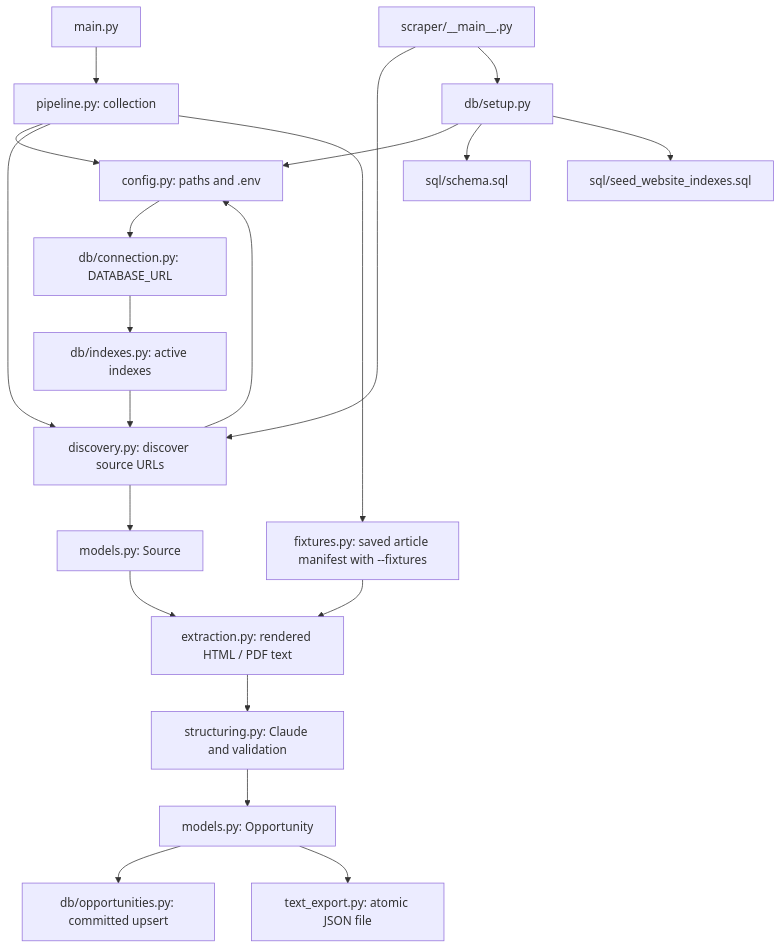
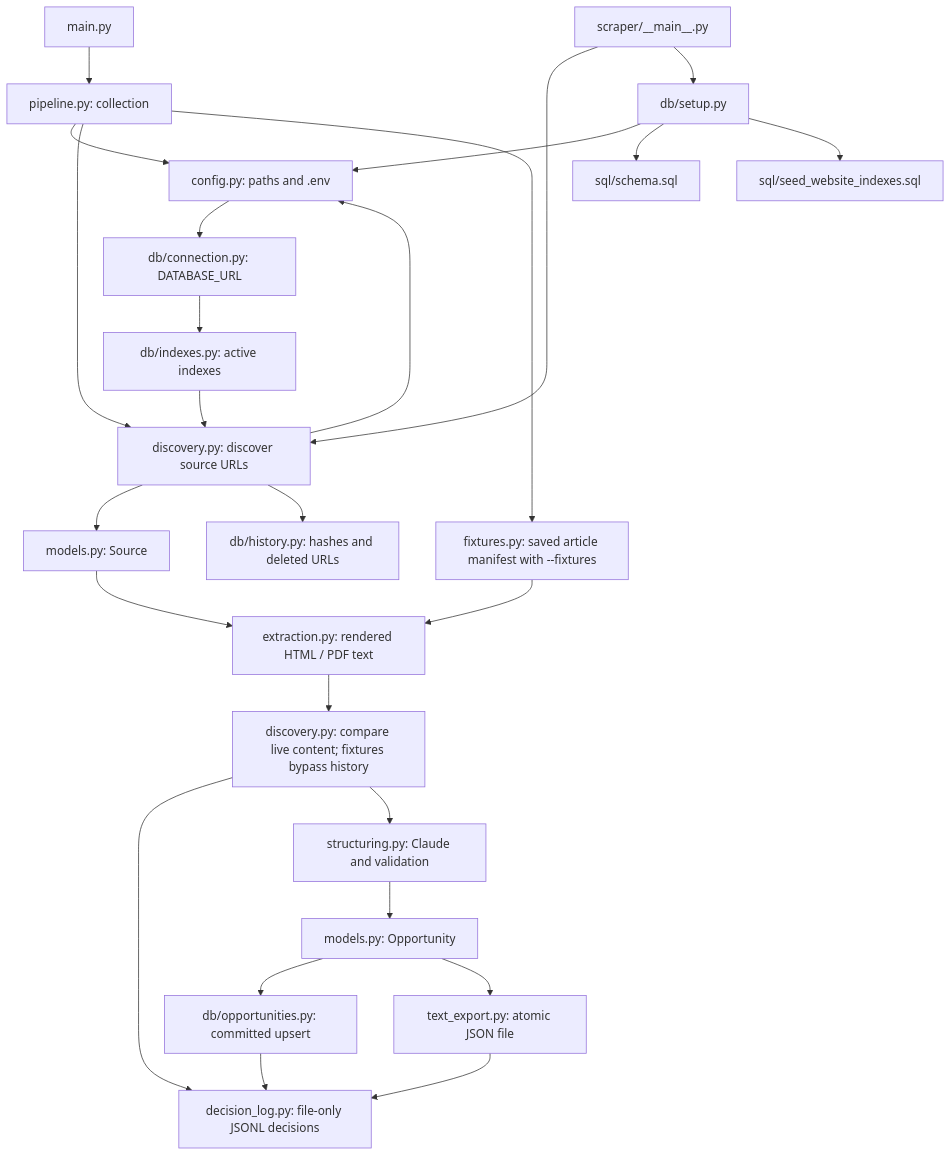
Before and after one commit to MCLWxMBI/scraper: the diagram in README.md, drawn with Mermaid. The commit also changed other lines of this file and 15 other files, not shown here.

````diff
--- a/README.md
+++ b/README.md
@@ -129,23 +133,28 @@
 ```mermaid
 flowchart TD
     Main["main.py"] --> Pipeline["pipeline.py: collection"]
     Commands["scraper/__main__.py"] --> Discovery["discovery.py: discover source URLs"]
     Commands --> Setup["db/setup.py"]
     Pipeline --> Config["config.py: paths and .env"]
     Discovery --> Config
     Setup --> Config
     Config --> Connection["db/connection.py: DATABASE_URL"]
     Connection --> Indexes["db/indexes.py: active indexes"]
     Pipeline --> Discovery
     Pipeline --> Fixtures["fixtures.py: saved article manifest with --fixtures"]
     Fixtures --> Extraction
     Indexes --> Discovery
     Discovery --> Sources["models.py: Source"]
     Sources --> Extraction["extraction.py: rendered HTML / PDF text"]
-    Extraction --> Structuring["structuring.py: Claude and validation"]
+    Discovery --> History["db/history.py: hashes and deleted URLs"]
+    Extraction --> Gate["discovery.py: compare live content; fixtures bypass history"]
+    Gate --> Decisions["decision_log.py: file-only JSONL decisions"]
+    Gate --> Structuring["structuring.py: Claude and validation"]
     Structuring --> Opportunity["models.py: Opportunity"]
     Opportunity --> Database["db/opportunities.py: committed upsert"]
     Opportunity --> Text["text_export.py: atomic JSON file"]
+    Database --> Decisions
+    Text --> Decisions
     Setup --> Schema["sql/schema.sql"]
     Setup --> Seed["sql/seed_website_indexes.sql"]
 ```
````
